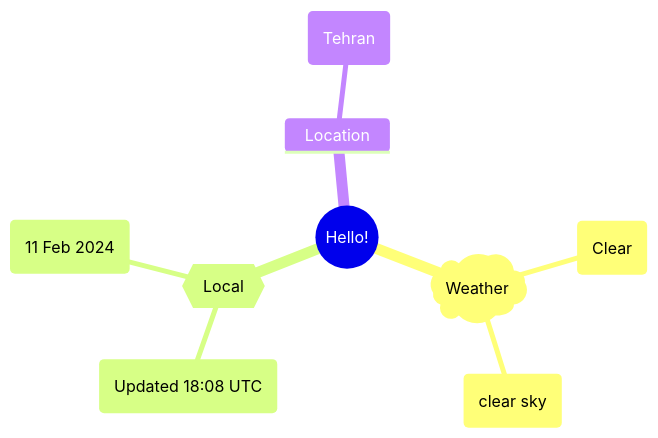
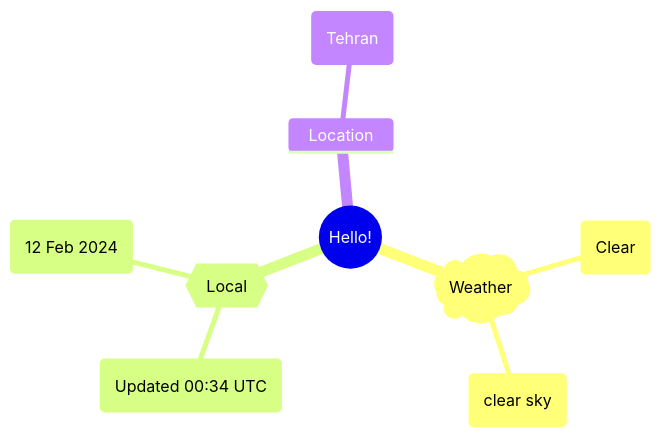
One commit to Xosrov/Xosrov changed the first of 2 diagrams in README.md. Above: the diagram before and after it, drawn with Mermaid.

Commit message:
[bot] updated images

````diff
--- a/README.md
+++ b/README.md
@@ -3,12 +3,12 @@
 ```mermaid
 mindmap
   root((Hello!))
     )Weather(
         (Clear)
         (clear sky)
     {{Local}}
-        (Updated 18:08 UTC)
-        (11 Feb 2024)
+        (Updated 00:34 UTC)
+        (12 Feb 2024)
     Location
         (Tehran)
 ```
````
